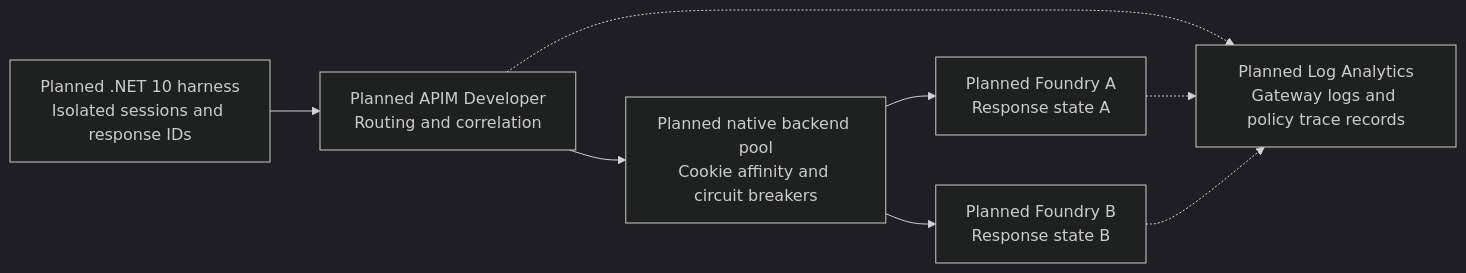
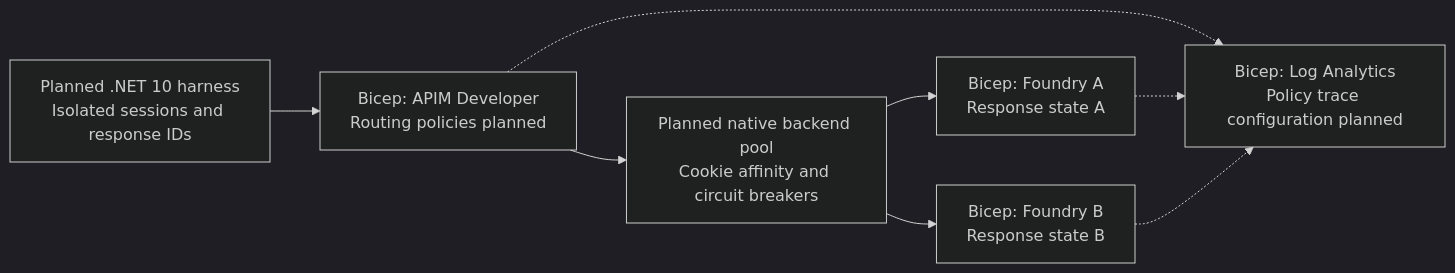
The diagram in README.md (christopherhouse/APIM-AI-Gateway-Responses-API), drawn with Mermaid (dark theme) before and after one commit. The commit also changed other lines of this file and 11 other files, not shown here.

````diff
--- a/README.md
+++ b/README.md
@@ -21,16 +22,16 @@
 ```mermaid
 flowchart LR
     Client["Planned .NET 10 harness<br/>Isolated sessions and response IDs"]
-    Gateway["Planned APIM Developer<br/>Routing and correlation"]
+    Gateway["Bicep: APIM Developer<br/>Routing policies planned"]
     Pool["Planned native backend pool<br/>Cookie affinity and circuit breakers"]
-    A["Planned Foundry A<br/>Response state A"]
-    B["Planned Foundry B<br/>Response state B"]
-    Logs["Planned Log Analytics<br/>Gateway logs and policy trace records"]
+    A["Bicep: Foundry A<br/>Response state A"]
+    B["Bicep: Foundry B<br/>Response state B"]
+    Logs["Bicep: Log Analytics<br/>Policy trace configuration planned"]
     Client --> Gateway
     Gateway --> Pool
     Pool --> A
     Pool --> B
     Gateway -.-> Logs
     A -.-> Logs
     B -.-> Logs
 ```
````
